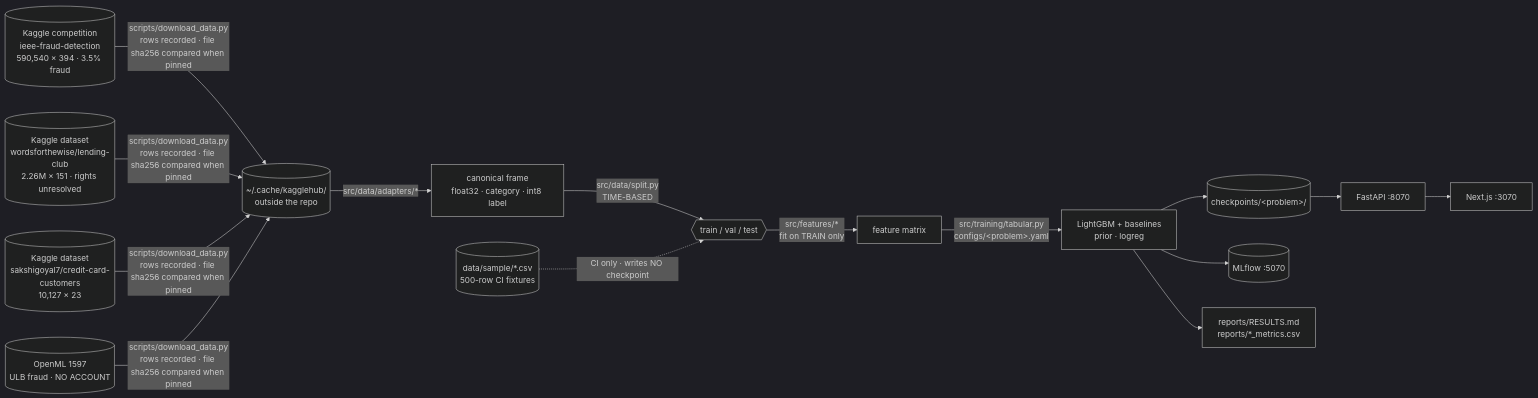
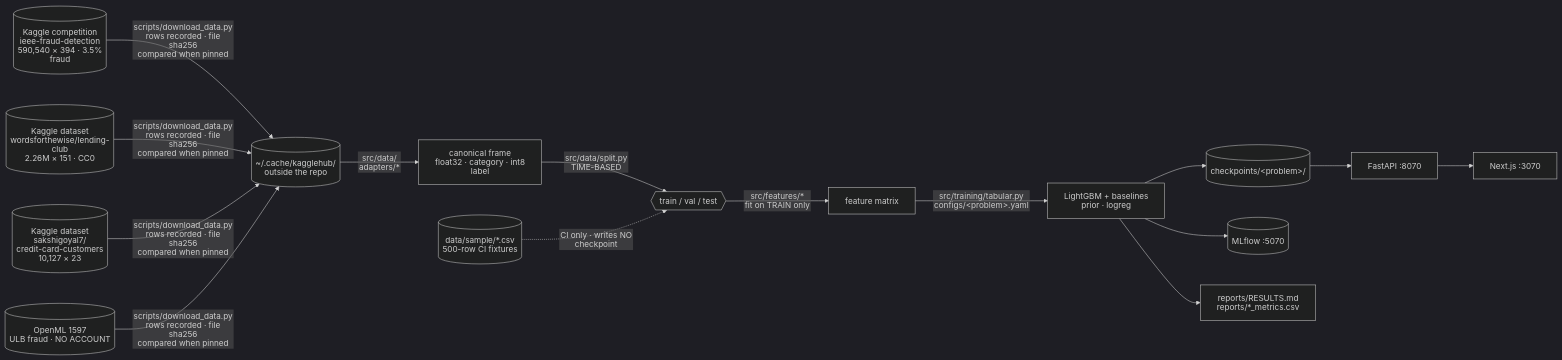
The third of 3 diagrams in README.md (armandogon94/Portfolio-ML-System), drawn with Mermaid (dark theme) before and after one commit. The commit also changed other lines of this file and 11 other files, not shown here.

First line of the commit message:
docs(diagrams): render labels as SVG text so no glyph is clipped

````diff
--- a/README.md
+++ b/README.md
@@ -173,17 +172,18 @@
 ```mermaid
+%%{init: {'htmlLabels': false, 'fontFamily': 'arial, helvetica, sans-serif', 'flowchart': {'htmlLabels': false, 'padding': 16, 'nodeSpacing': 60, 'rankSpacing': 70, 'useMaxWidth': true}}}%%
 flowchart LR
     K1[("Kaggle competition<br/>ieee-fraud-detection<br/>590,540 × 394 · 3.5% fraud")]
-    K2[("Kaggle dataset<br/>wordsforthewise/lending-club<br/>2.26M × 151 · rights unresolved")]
-    K3[("Kaggle dataset<br/>sakshigoyal7/credit-card-customers<br/>10,127 × 23")]
+    K2[("Kaggle dataset<br/>wordsforthewise/lending-club<br/>2.26M × 151 · CC0")]
+    K3[("Kaggle dataset<br/>sakshigoyal7/<br/>credit-card-customers<br/>10,127 × 23")]
     OML[("OpenML 1597<br/>ULB fraud · NO ACCOUNT")]
-    K1 & K2 & K3 & OML -->|"scripts/download_data.py<br/>rows recorded · file sha256 compared when pinned"| C[("~/.cache/kagglehub/<br/>outside the repo")]
-    C -->|"src/data/adapters/*"| P["canonical frame<br/>float32 · category · int8 label"]
+    K1 & K2 & K3 & OML -->|"scripts/download_data.py<br/>rows recorded · file sha256<br/>compared when pinned"| C[("~/.cache/kagglehub/<br/>outside the repo")]
+    C -->|"src/data/<br/>adapters/*"| P["canonical frame<br/>float32 · category · int8 label"]
     P -->|"src/data/split.py<br/>TIME-BASED"| T{{"train / val / test"}}
     T -->|"src/features/*<br/>fit on TRAIN only"| X["feature matrix"]
     X -->|"src/training/tabular.py<br/>configs/&lt;problem&gt;.yaml"| MDL["LightGBM + baselines<br/>prior · logreg"]
     MDL --> CK[("checkpoints/&lt;problem&gt;/")]
     MDL --> ML[("MLflow :5070")]
     MDL --> RES["reports/RESULTS.md<br/>reports/*_metrics.csv"]
     CK --> API["FastAPI :8070"] --> WEB["Next.js :3070"]
     SMP[("data/sample/*.csv<br/>500-row CI fixtures")] -.->|"CI only · writes NO checkpoint"| T
 ```
````
